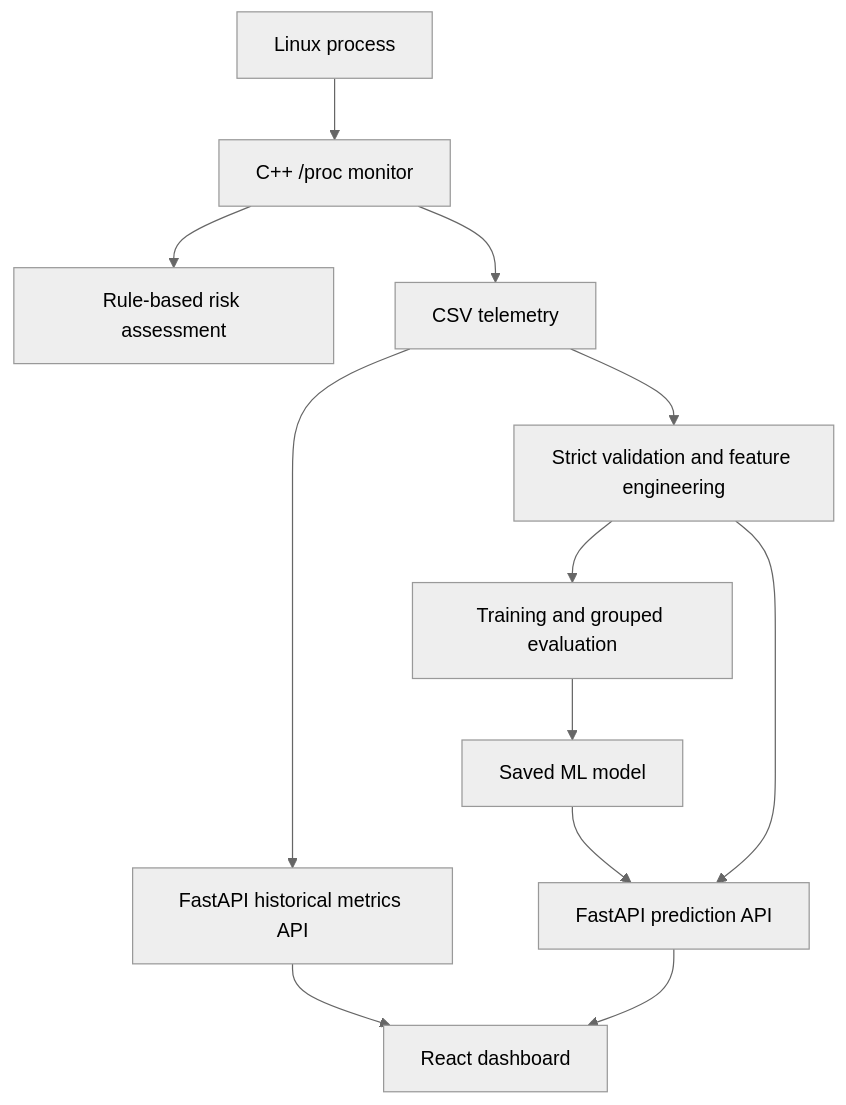
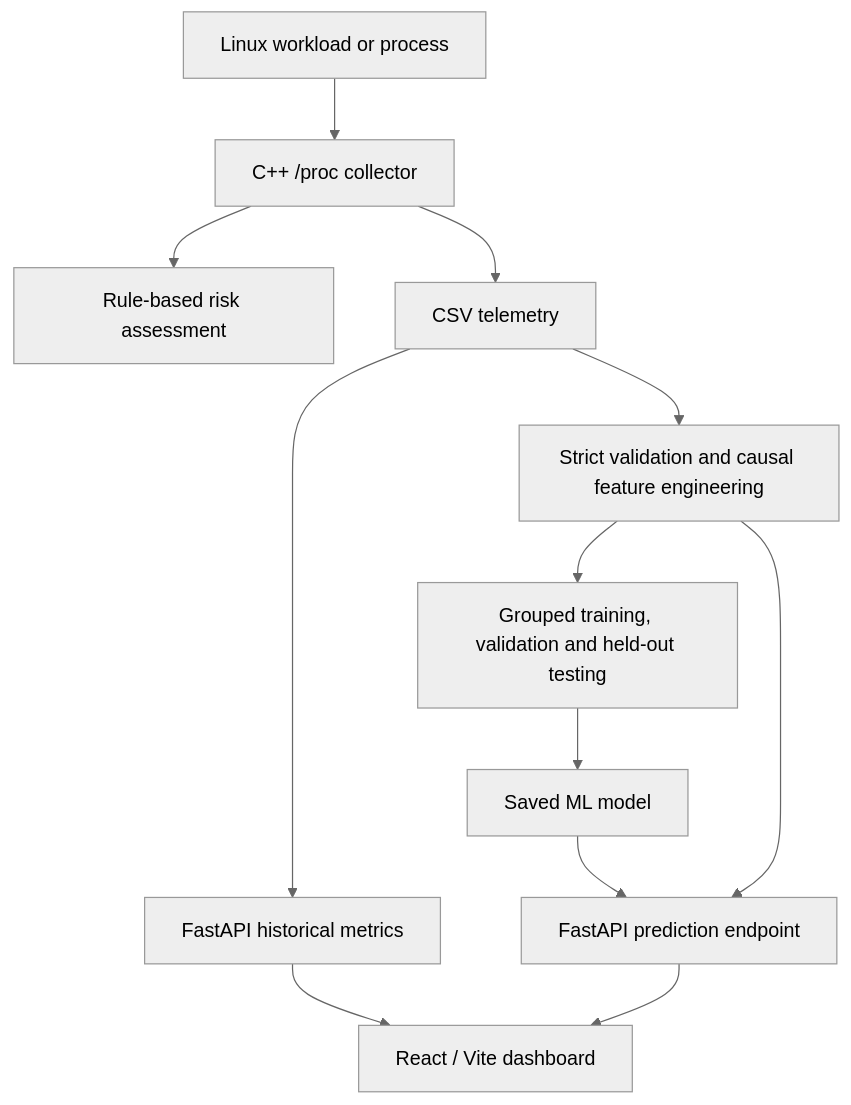
Before and after one commit to leslieraya555/MemoryMedic: the diagram in README.md, drawn with Mermaid (neutral theme). The commit also changed other lines of this file, not shown here.

````diff
--- a/README.md
+++ b/README.md
@@ -58,14 +83,14 @@
 ```mermaid
 flowchart TD
-    A[Linux process] --> B[C++ /proc monitor]
+    A[Linux workload or process] --> B[C++ /proc collector]
     B --> C[Rule-based risk assessment]
     B --> D[CSV telemetry]
-    D --> E[Strict validation and feature engineering]
-    E --> F[Training and grouped evaluation]
+    D --> E[Strict validation and causal feature engineering]
+    E --> F[Grouped training, validation and held-out testing]
     F --> G[Saved ML model]
-    D --> H[FastAPI historical metrics API]
-    G --> I[FastAPI prediction API]
+    D --> H[FastAPI historical metrics]
+    G --> I[FastAPI prediction endpoint]
     E --> I
-    H --> J[React dashboard]
+    H --> J[React / Vite dashboard]
     I --> J
 ```
````
